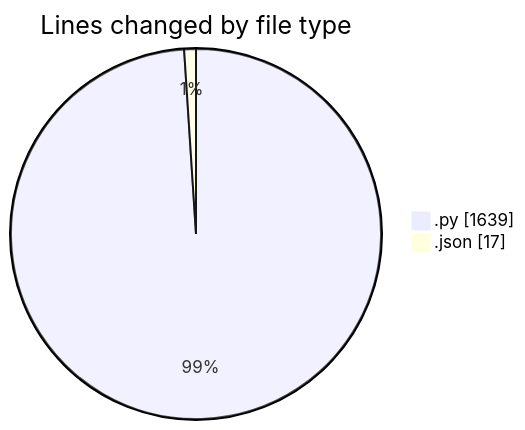
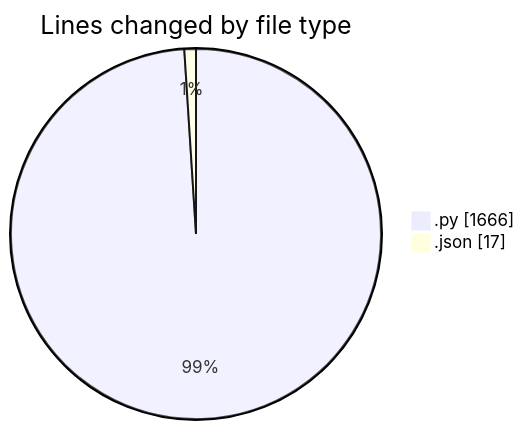
Before and after one commit to MatusMokan/code-tracking: the first of 2 diagrams in 2025-02-28/myws__workspace_/README.md, drawn with Mermaid. The commit also changed other lines of this file and 1 other file, not shown here.

````diff
--- a/2025-02-28/myws__workspace_/README.md
+++ b/2025-02-28/myws__workspace_/README.md
@@ -24,6 +24,6 @@
 ```mermaid
 pie showData
 title Lines changed by file type
-".py" : 1639
+".py" : 1666
 ".json" : 17
 ```
````
